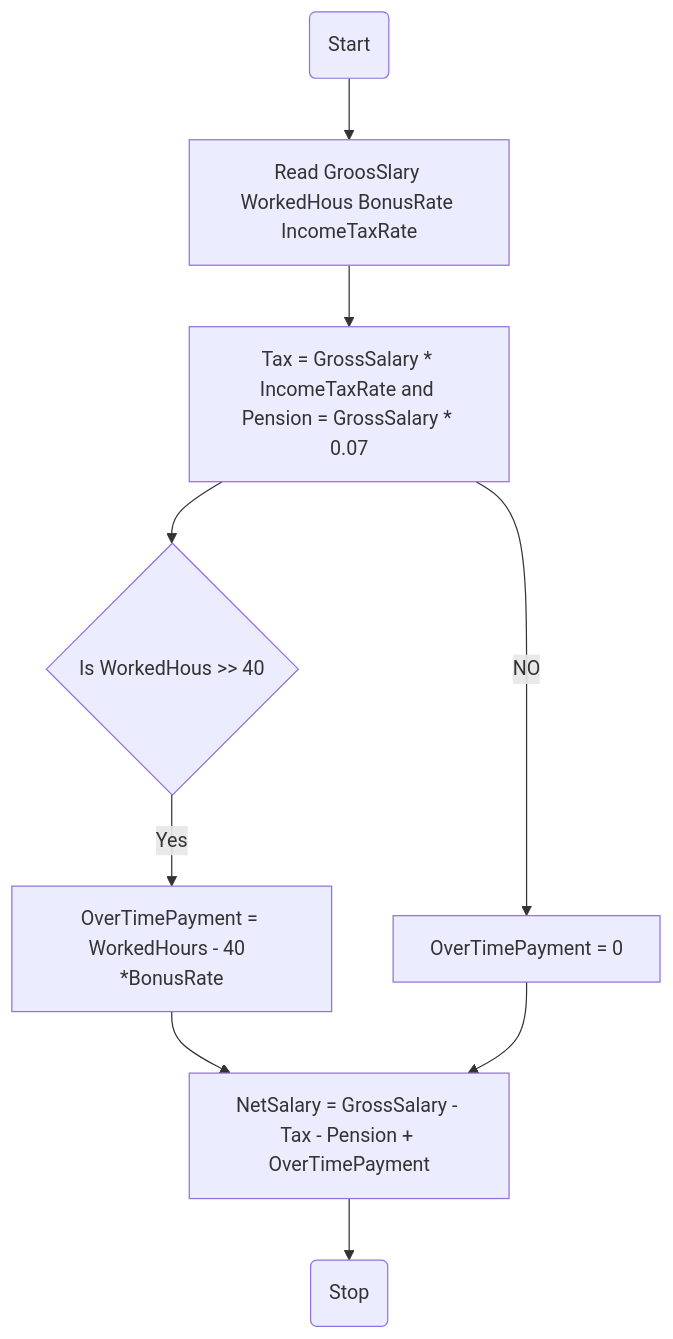
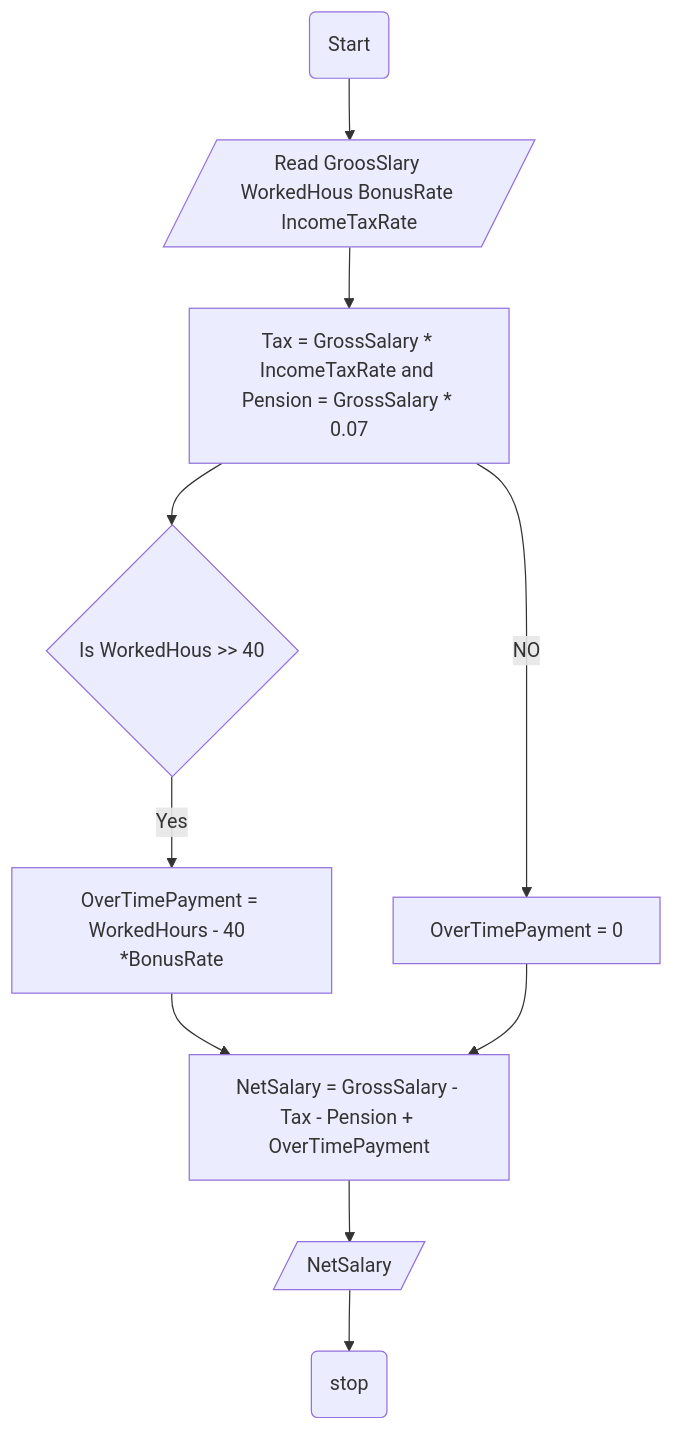
One commit to SWEG-2015EC-Batch/Code-Warrior changed the diagram in ETS1351_15_Yabets_Maregn/income_calculator/flowchart.md. Above: the diagram before and after it, drawn with Mermaid.

````diff
--- a/ETS1351_15_Yabets_Maregn/income_calculator/flowchart.md
+++ b/ETS1351_15_Yabets_Maregn/income_calculator/flowchart.md
@@ -1,11 +1,12 @@
 ```mermaid
 graph TD;
-A(Start) --> B[Read GroosSlary WorkedHous BonusRate IncomeTaxRate]
+A(Start) --> B[/Read GroosSlary WorkedHous BonusRate IncomeTaxRate/]
 B --> C[Tax = GrossSalary * IncomeTaxRate and Pension = GrossSalary * 0.07]
 C --> D{Is WorkedHous >> 40}
 D -- Yes --> E[OverTimePayment = WorkedHours - 40  *BonusRate]
 E --> G[NetSalary = GrossSalary - Tax - Pension + OverTimePayment ]
 C -- NO --> F[OverTimePayment = 0]
 F --> G[NetSalary = GrossSalary - Tax - Pension + OverTimePayment ]
-G --> H(Stop)
+G --> H[/NetSalary/]
+H --> I(stop)
 ```
````
